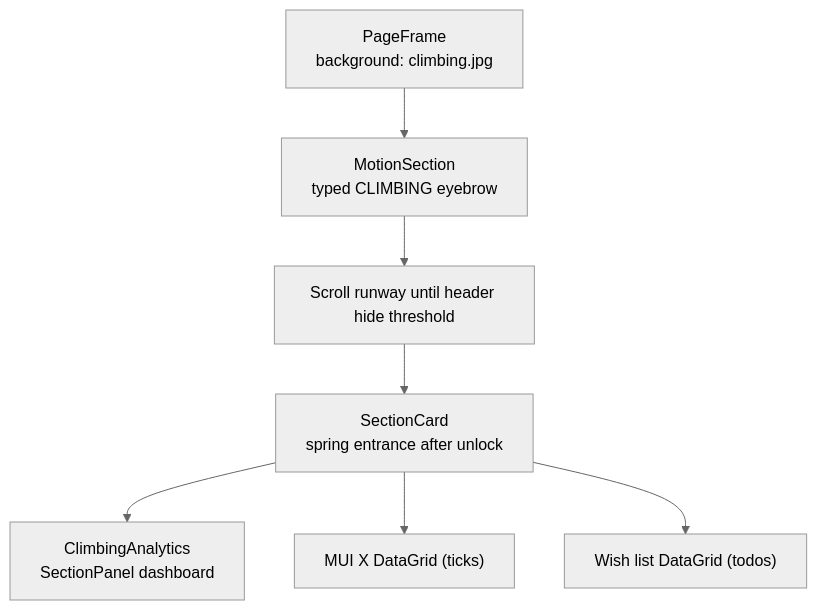
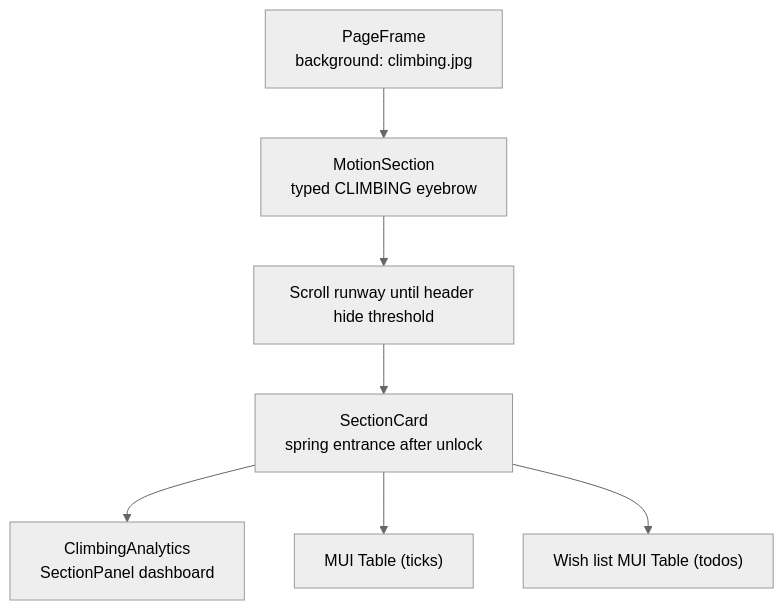
Before and after one commit to danphenderson/dev-danhenderson: the seventh of 12 diagrams in docs/frontend/page-choreography.md, drawn with Mermaid (neutral theme). The commit also changed other lines of this file and 324 other files, not shown here.

````diff
--- a/docs/frontend/page-choreography.md
+++ b/docs/frontend/page-choreography.md
@@ -180,15 +180,15 @@
 ```mermaid
 flowchart TB
   PF["PageFrame<br/>background: climbing.jpg"]
   Intro["MotionSection<br/>typed CLIMBING eyebrow"]
   Runway["Scroll runway until header hide threshold"]
   Main["SectionCard<br/>spring entrance after unlock"]
   Analytics["ClimbingAnalytics<br/>SectionPanel dashboard"]
-  Ticks["MUI X DataGrid (ticks)"]
-  Todos["Wish list DataGrid (todos)"]
+  Ticks["MUI Table (ticks)"]
+  Todos["Wish list MUI Table (todos)"]
 
   PF --> Intro --> Runway --> Main
   Main --> Analytics
   Main --> Ticks
   Main --> Todos
 ```
````
